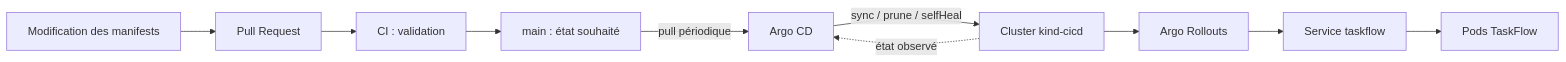
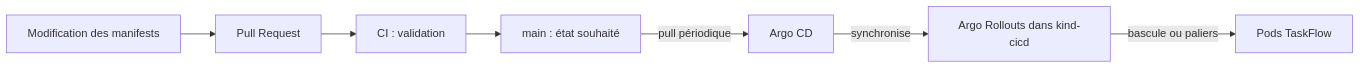
The diagram in README.md (Waddenn/taskflow-gitops), drawn with Mermaid before and after one commit. The commit also changed other lines of this file, not shown here.

````diff
--- a/README.md
+++ b/README.md
@@ -14,12 +20,9 @@
 ```mermaid
 flowchart LR
     Dev[Modification des manifests] --> PR[Pull Request]
     PR --> CI[CI : validation]
     CI --> Git[main : état souhaité]
     Git -->|pull périodique| Argo[Argo CD]
-    Argo -->|sync / prune / selfHeal| K8s[Cluster kind-cicd]
-    K8s --> Rollout[Argo Rollouts]
-    Rollout --> Service[Service taskflow]
-    Service --> Pods[Pods TaskFlow]
-    K8s -. état observé .-> Argo
+    Argo -->|synchronise| Rollout[Argo Rollouts dans kind-cicd]
+    Rollout -->|bascule ou paliers| Pods[Pods TaskFlow]
 ```
````
